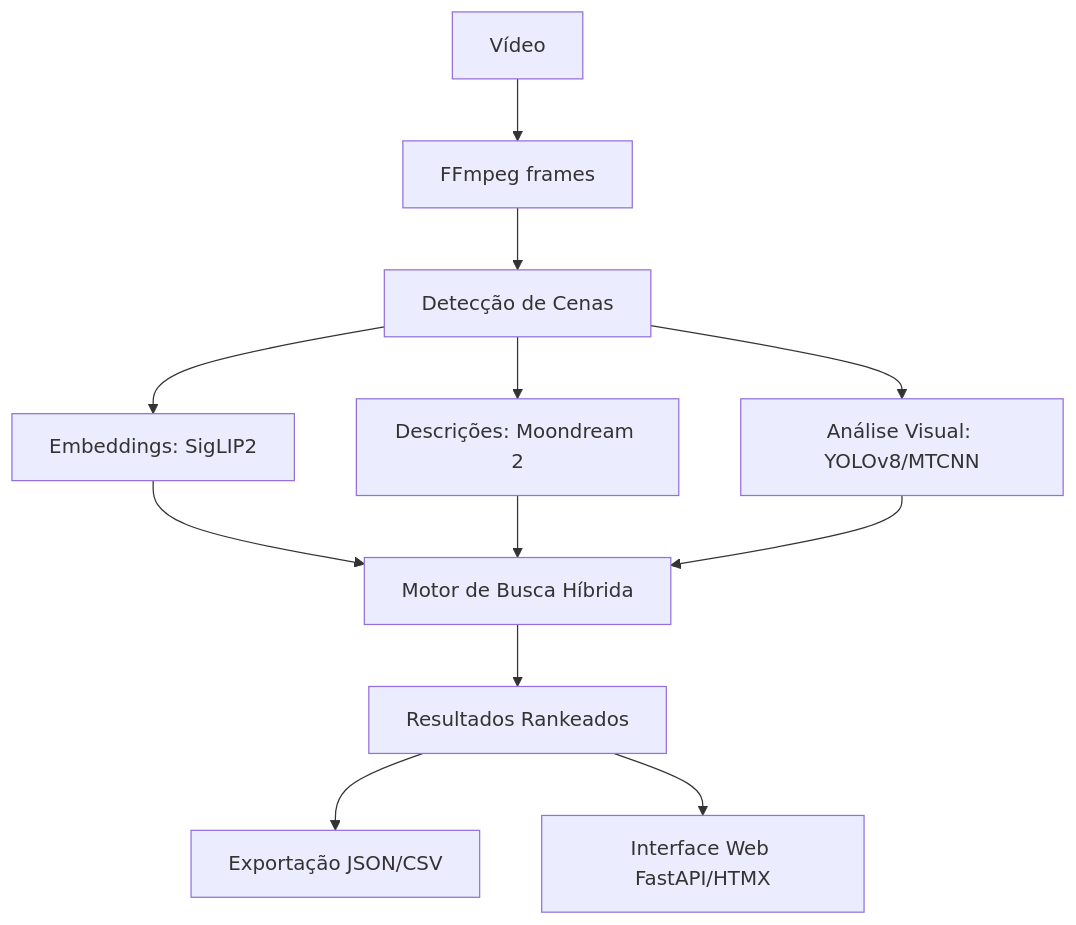
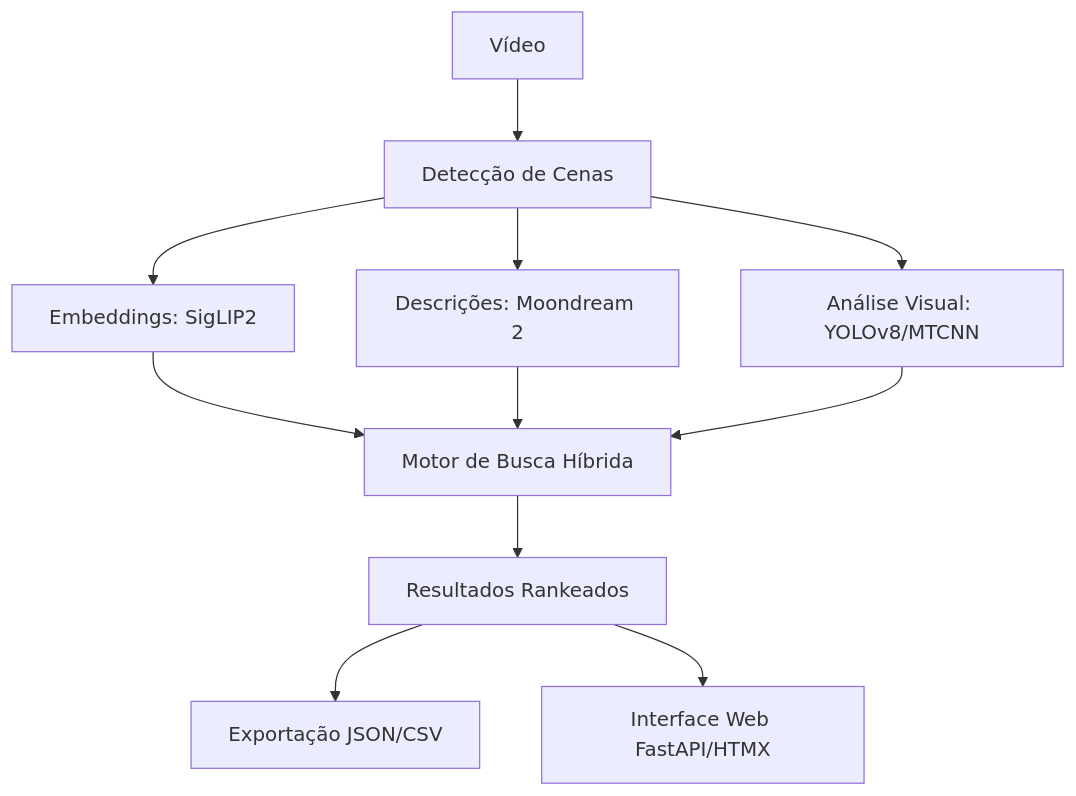
Before and after one commit to guto-mojica/kuaa: the diagram in README.md, drawn with Mermaid. The commit also changed other lines of this file and 6 other files, not shown here.

````diff
--- a/README.md
+++ b/README.md
@@ -109,12 +109,11 @@
 ```mermaid
 flowchart TD
-    V[Vídeo] --> FR[FFmpeg frames]
-    FR --> SC[Detecção de Cenas]
+    V[Vídeo] --> SC[Detecção de Cenas]
     SC --> VIS[Análise Visual: YOLOv8/MTCNN]
     SC --> EMB[Embeddings: SigLIP2]
     SC --> LLM[Descrições: Moondream 2]
     EMB & LLM & VIS --> RET[Motor de Busca Híbrida]
     RET --> RES[Resultados Rankeados]
     RES --> EXP[Exportação JSON/CSV]
     RES --> UI[Interface Web FastAPI/HTMX]
 ```
````
